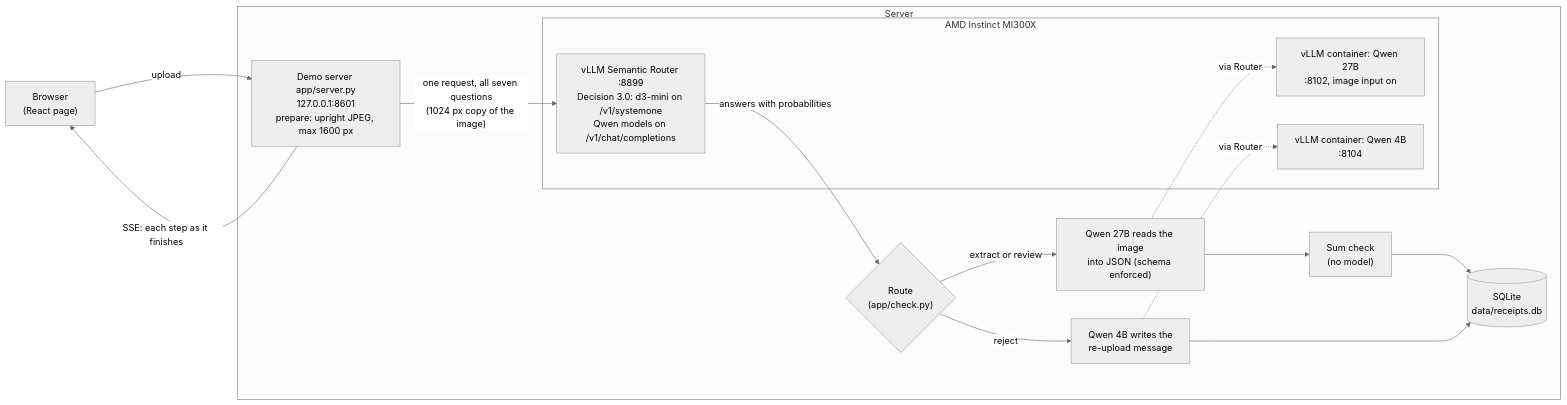
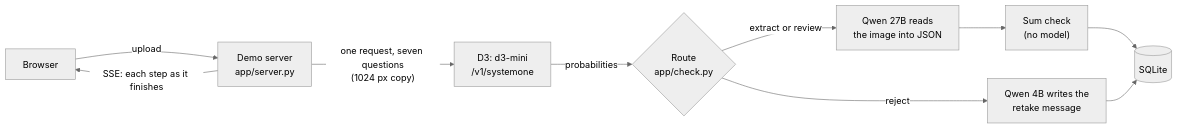
One commit to madhusoodhans/receipt-validator-demo changed the diagram in README.md. Above: the diagram before and after it, drawn with Mermaid (neutral theme). The commit also changed other lines of this file and 2 other files, not shown here.

First line of the commit message:
README matches the current demo; new demo GIF

````diff
--- a/README.md
+++ b/README.md
@@ -124,29 +14,11 @@
 ```mermaid
 flowchart LR
-    B["Browser<br/>(React page)"]
-
-    subgraph host["Server"]
-        S["Demo server app/server.py<br/>127.0.0.1:8601<br/>prepare: upright JPEG, max 1600 px"]
-        D{"Route<br/>(app/check.py)"}
-        X["Qwen 27B reads the image<br/>into JSON (schema enforced)"]
-        M["Qwen 4B writes the<br/>re-upload message"]
-        SUM["Sum check<br/>(no model)"]
-        DB[("SQLite<br/>data/receipts.db")]
-        subgraph gpu["AMD Instinct MI300X"]
-            R["vLLM Semantic Router :8899<br/>Decision 3.0: d3-mini on /v1/systemone<br/>Qwen models on /v1/chat/completions"]
-            Q27["vLLM container: Qwen 27B<br/>:8102, image input on"]
-            Q4["vLLM container: Qwen 4B<br/>:8104"]
-        end
-    end
-
-    B -->|upload| S
+    B["Browser"] -->|upload| S["Demo server<br/>app/server.py"]
+    S -->|"one request, seven questions<br/>(1024 px copy)"| D3["D3: d3-mini<br/>/v1/systemone"]
+    D3 -->|probabilities| R{"Route<br/>app/check.py"}
+    R -->|"extract or review"| X["Qwen 27B reads<br/>the image into JSON"]
+    R -->|reject| M["Qwen 4B writes the<br/>retake message"]
+    X --> SUM["Sum check<br/>(no model)"] --> DB[("SQLite")]
+    M --> DB
     S -->|"SSE: each step as it finishes"| B
-    S -->|"one request, all seven questions<br/>(1024 px copy of the image)"| R
-    R -->|"answers with probabilities"| D
-    D -->|"extract or review"| X
-    D -->|reject| M
-    X -.->|via Router| Q27
-    M -.->|via Router| Q4
-    X --> SUM --> DB
-    M --> DB
 ```
````
